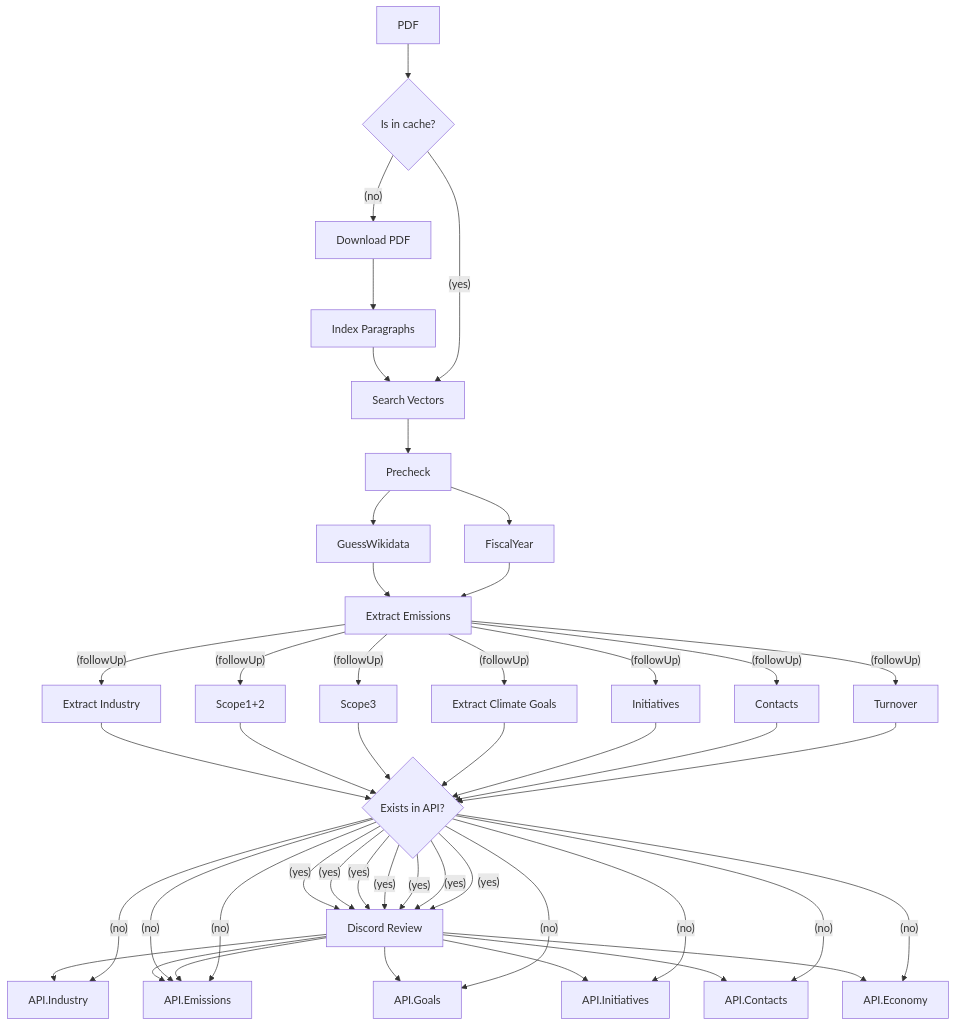
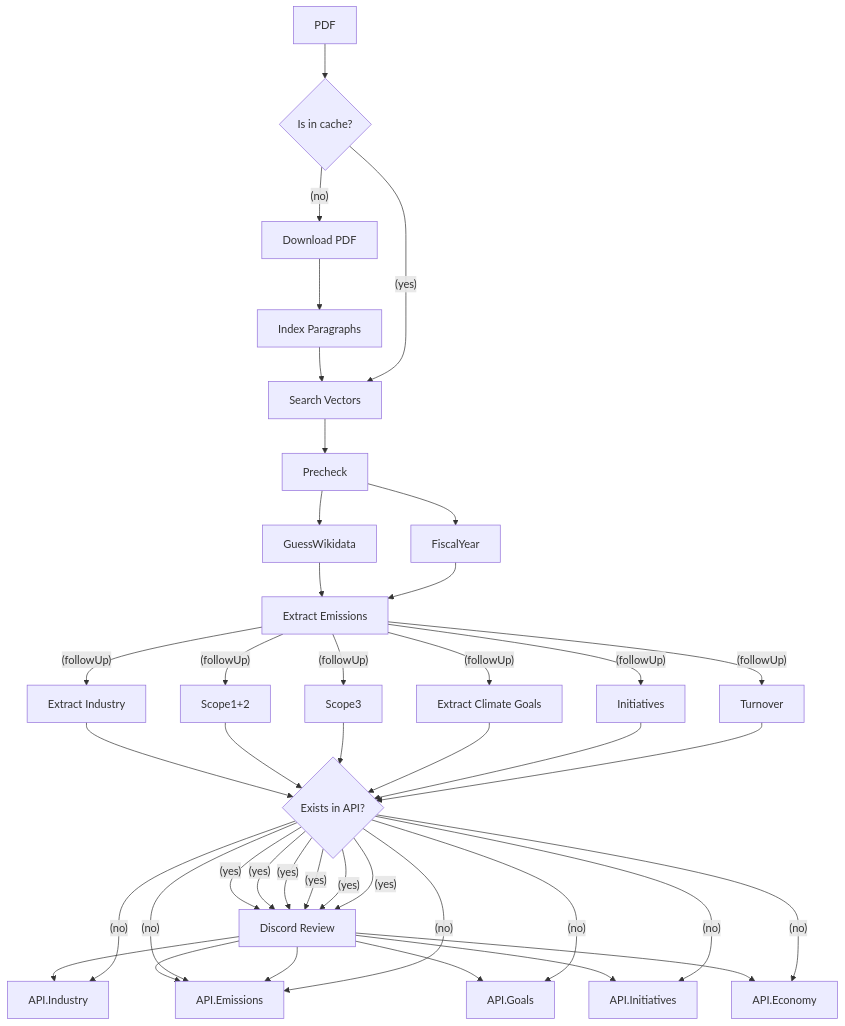
Before and after one commit to Klimatbyran/garbo: the diagram in README.md, drawn with Mermaid.

Commit message:
Remove unused Contacts from flowchart

````diff
--- a/README.md
+++ b/README.md
@@ -19,39 +19,36 @@
 ```mermaid
 flowchart TB
 
     PDF[PDF]
     Cache{Is in cache?}
     Download[Download PDF]
     Index[Index Paragraphs]
     Search[Search Vectors]
     Emissions[Extract Emissions]
 
     Industry[Extract Industry]
     Goals[Extract Climate Goals]
     Review[Discord Review]
 
     Precheck --> GuessWikidata --> Emissions
     Precheck --> FiscalYear --> Emissions
 
     PDF --> Cache --(no)--> Download --> Index --> Search --> Precheck
 
     Cache --(yes)--> Search
 
     CheckDb{Exists in API?}
 
     Emissions --(followUp)--> Industry --> CheckDb --(yes)--> Review --> API.Industry
                                            CheckDb --(no)--> API.Industry
     Emissions --(followUp)--> Scope1+2 --> CheckDb --(yes)--> Review --> API.Emissions
                                            CheckDb --(no)--> API.Emissions
     Emissions --(followUp)--> Scope3 --> CheckDb --(yes)--> Review --> API.Emissions
                                            CheckDb --(no)--> API.Emissions
     Emissions --(followUp)--> Goals --> CheckDb --(yes)--> Review --> API.Goals
                                            CheckDb --(no)--> API.Goals
     Emissions --(followUp)--> Initiatives --> CheckDb --(yes)--> Review --> API.Initiatives
                                            CheckDb --(no)--> API.Initiatives
-    Emissions --(followUp)--> Contacts --> CheckDb --(yes)--> Review --> API.Contacts
-                                           CheckDb --(no)--> API.Contacts
     Emissions --(followUp)--> Turnover --> CheckDb --(yes)--> Review --> API.Economy
                                            CheckDb --(no)--> API.Economy
-
 ```
````
